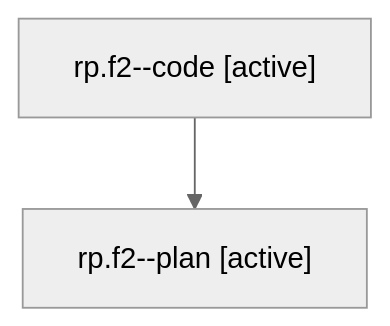
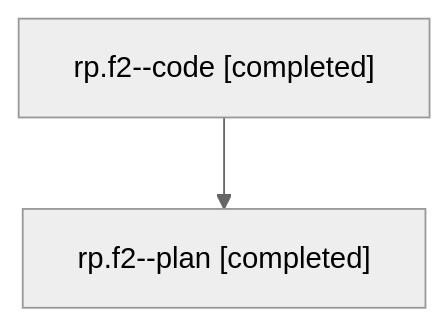
One commit to sase-org/sase--agents changed the diagram in families/bbugyi200.athena.rp.f2.md. Above: the diagram before and after it, drawn with Mermaid (neutral theme). The commit also changed other lines of this file and 53 other files, not shown here.

````diff
--- a/families/bbugyi200.athena.rp.f2.md
+++ b/families/bbugyi200.athena.rp.f2.md
@@ -9,6 +9,6 @@
 ```mermaid
 flowchart TD
-  n0["rp.f2--code [active]"]
-  n1["rp.f2--plan [active]"]
+  n0["rp.f2--code [completed]"]
+  n1["rp.f2--plan [completed]"]
   n0 --> n1
 ```
````
